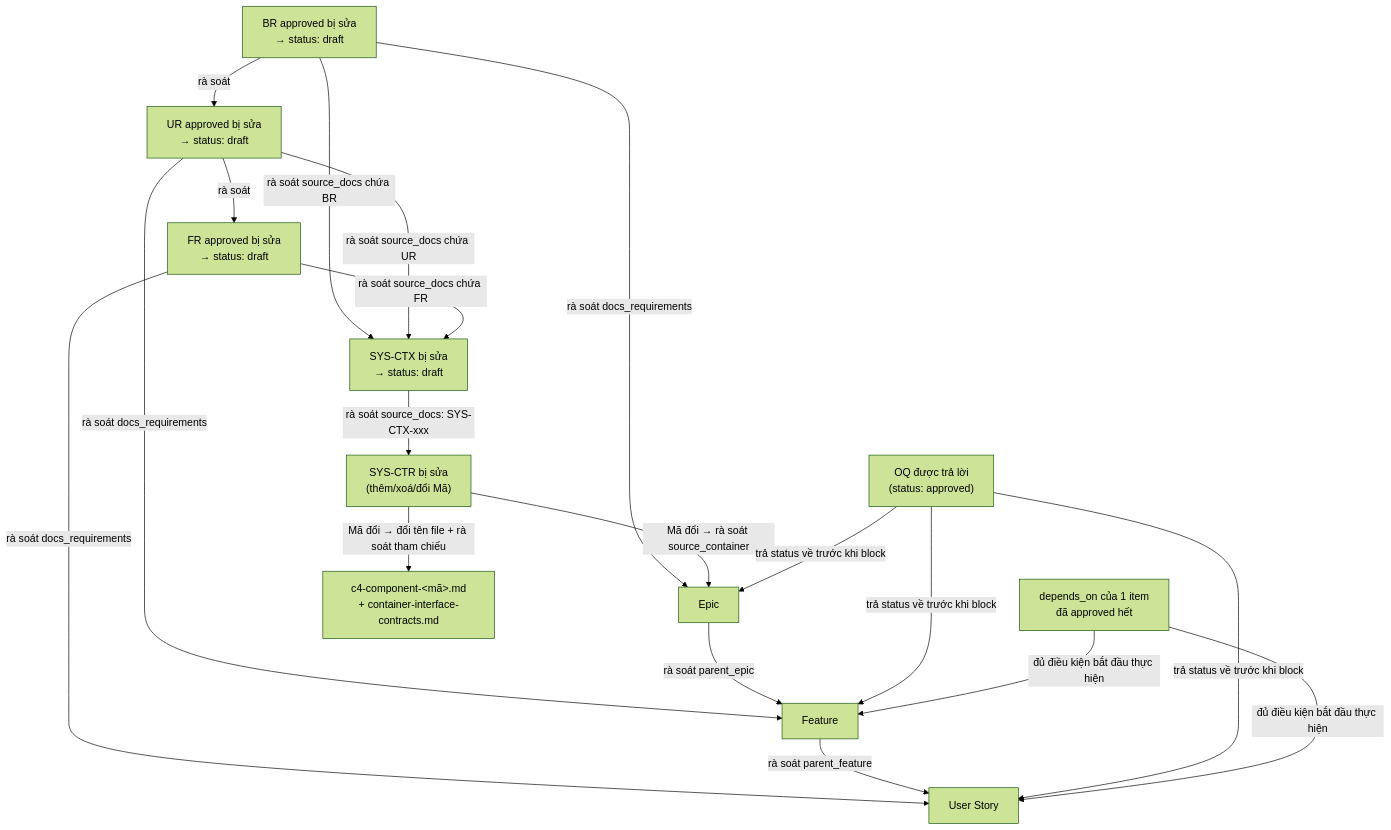
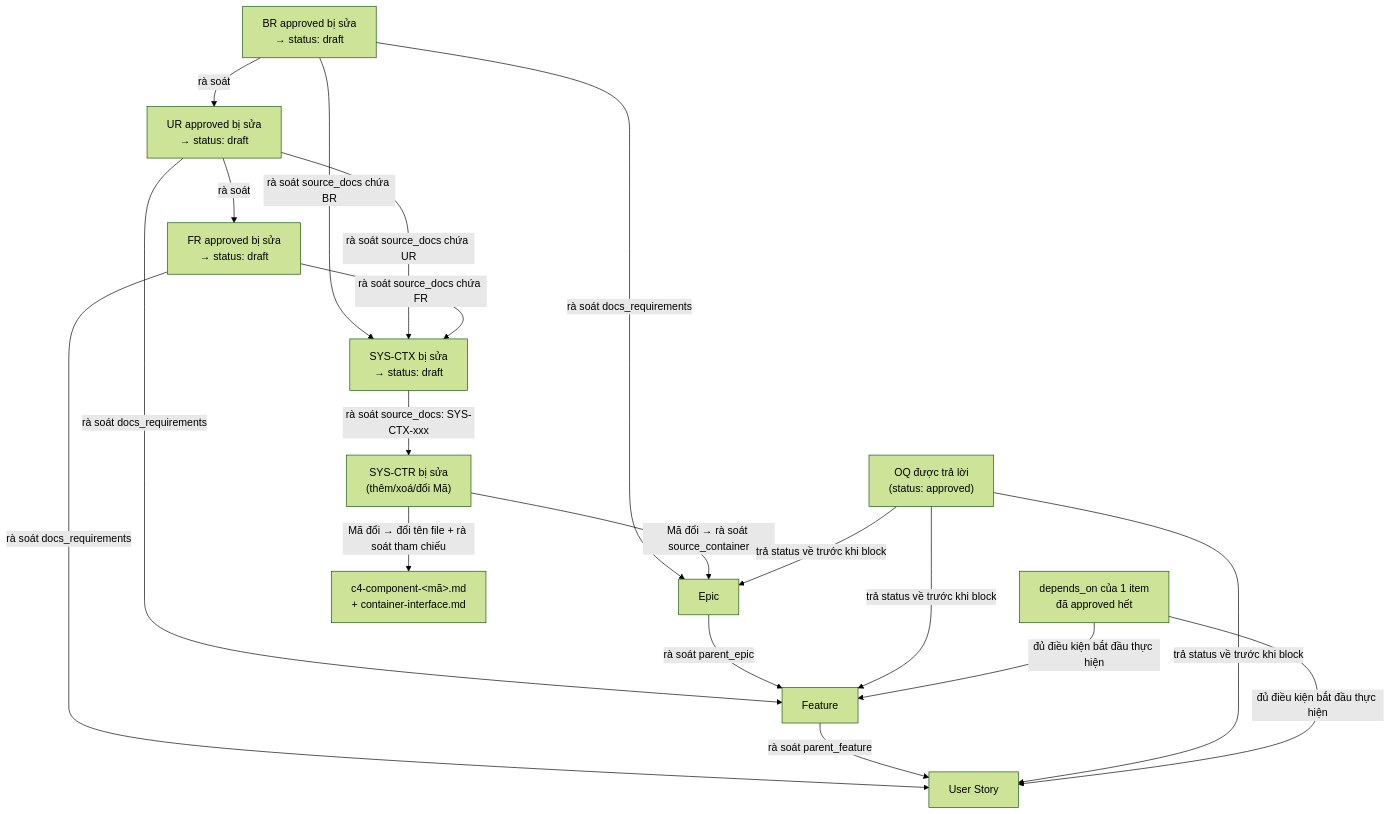
The second of 2 diagrams in AGENTS.md (elsieej/spec-kit-template), drawn with Mermaid (forest theme) before and after one commit. The commit also changed other lines of this file and 11 other files, not shown here.

````diff
--- a/AGENTS.md
+++ b/AGENTS.md
@@ -232,32 +232,32 @@
 ```mermaid
 flowchart TD
     BR["BR approved bị sửa<br/>→ status: draft"]
     UR["UR approved bị sửa<br/>→ status: draft"]
     FR["FR approved bị sửa<br/>→ status: draft"]
     CTX["SYS-CTX bị sửa<br/>→ status: draft"]
     CTR["SYS-CTR bị sửa<br/>(thêm/xoá/đổi Mã)"]
     EPIC["Epic"]
     FEAT["Feature"]
     US["User Story"]
     OQ["OQ được trả lời<br/>(status: approved)"]
     DEP["depends_on của 1 item<br/>đã approved hết"]
 
     BR -->|rà soát| UR
     BR -->|rà soát source_docs chứa BR| CTX
     BR -->|rà soát docs_requirements| EPIC
     UR -->|rà soát| FR
     UR -->|rà soát source_docs chứa UR| CTX
     UR -->|rà soát docs_requirements| FEAT
     FR -->|rà soát source_docs chứa FR| CTX
     FR -->|rà soát docs_requirements| US
     CTX -->|rà soát source_docs: SYS-CTX-xxx| CTR
     CTR -->|Mã đổi → rà soát source_container| EPIC
-    CTR -->|Mã đổi → đổi tên file + rà soát tham chiếu| CMPIFC["c4-component-&lt;mã&gt;.md<br/>+ container-interface-contracts.md"]
+    CTR -->|Mã đổi → đổi tên file + rà soát tham chiếu| CMPIFC["c4-component-&lt;mã&gt;.md<br/>+ container-interface.md"]
     EPIC -->|rà soát parent_epic| FEAT
     FEAT -->|rà soát parent_feature| US
     OQ -->|trả status về trước khi block| EPIC
     OQ -->|trả status về trước khi block| FEAT
     OQ -->|trả status về trước khi block| US
     DEP -->|đủ điều kiện bắt đầu thực hiện| FEAT
     DEP -->|đủ điều kiện bắt đầu thực hiện| US
 ```
````
